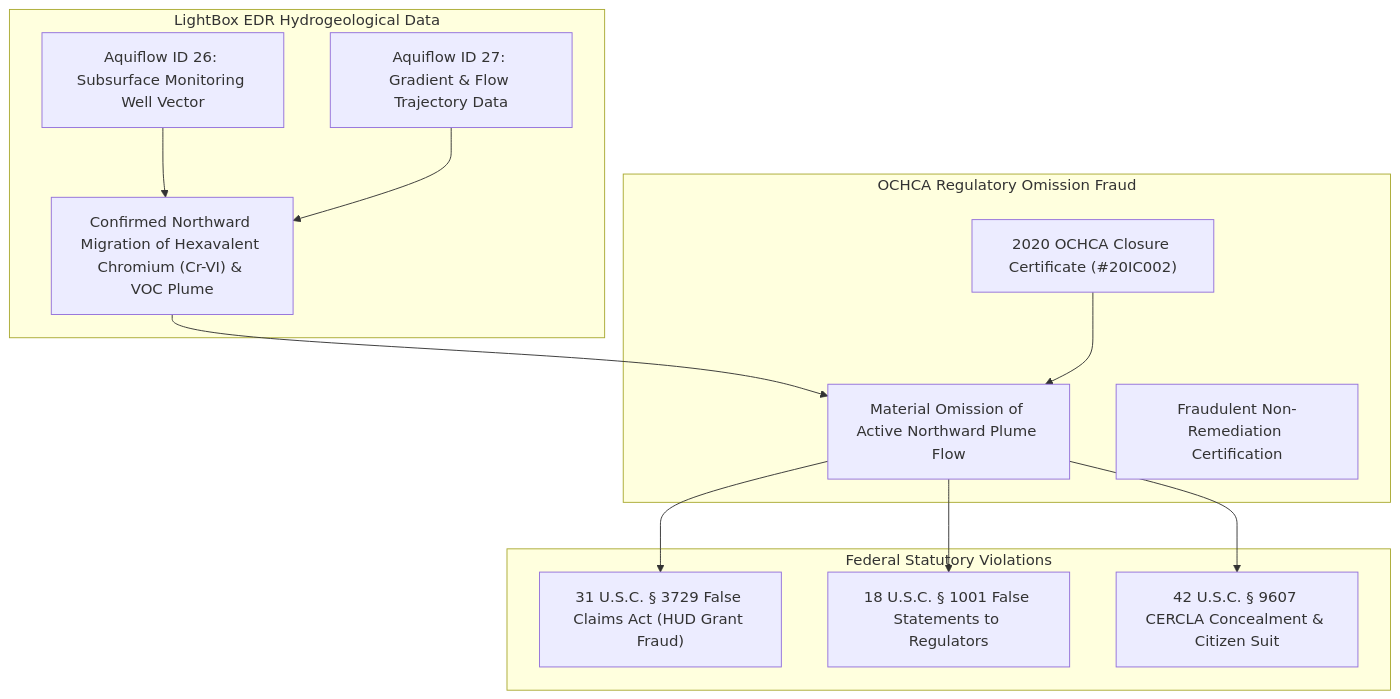
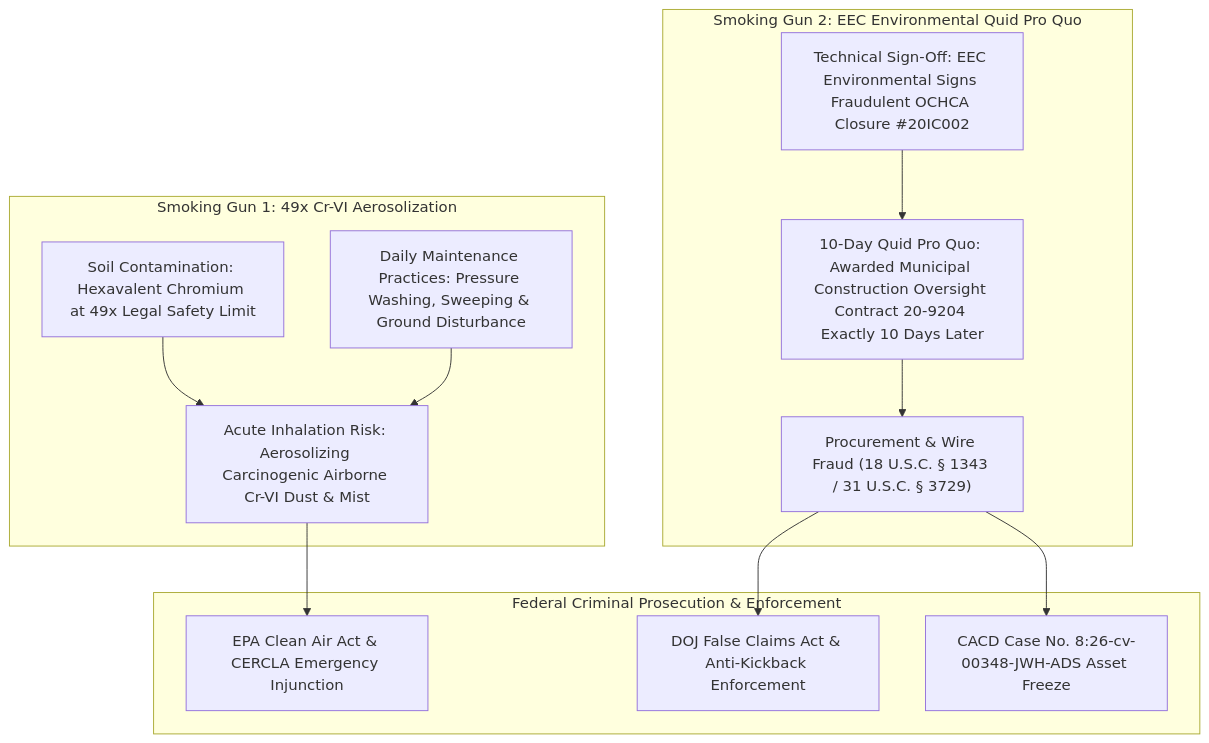
The diagram in FEDERAL_SUBMISSION/EVIDENCE_ADDENDUM_HBNC_EMAIL_2026.md (Tonypost949/OsintNeoAi), drawn with Mermaid before and after one commit. The commit also changed other lines of this file, not shown here.

Commit message:
Makaveli Protocol: Add EEC Environmental Contract 20-9204 Kickback & 49x Cr-VI Daily Aerosolization Analysis

````diff
--- a/FEDERAL_SUBMISSION/EVIDENCE_ADDENDUM_HBNC_EMAIL_2026.md
+++ b/FEDERAL_SUBMISSION/EVIDENCE_ADDENDUM_HBNC_EMAIL_2026.md
@@ -14,28 +12,28 @@
 ```mermaid
 graph TD
-    subgraph LIGHTBOX_EDR_AQUIFLOW_DATA["LightBox EDR Hydrogeological Data"]
-        A1["Aquiflow ID 26: Subsurface Monitoring Well Vector"]
-        A2["Aquiflow ID 27: Gradient & Flow Trajectory Data"]
-        A3["Confirmed Northward Migration of Hexavalent Chromium (Cr-VI) & VOC Plume"]
+    subgraph SMOKING_GUN_1["Smoking Gun 1: 49x Cr-VI Aerosolization"]
+        S1["Soil Contamination: Hexavalent Chromium at 49x Legal Safety Limit"]
+        S2["Daily Maintenance Practices: Pressure Washing, Sweeping & Ground Disturbance"]
+        S3["Acute Inhalation Risk: Aerosolizing Carcinogenic Airborne Cr-VI Dust & Mist"]
     end
 
-    subgraph OCHCA_REGULATORY_OMISSION_FRAUD["OCHCA Regulatory Omission Fraud"]
-        O1["2020 OCHCA Closure Certificate (#20IC002)"]
-        O2["Material Omission of Active Northward Plume Flow"]
-        O3["Fraudulent Non-Remediation Certification"]
+    subgraph SMOKING_GUN_2["Smoking Gun 2: EEC Environmental Quid Pro Quo"]
+        E1["Technical Sign-Off: EEC Environmental Signs Fraudulent OCHCA Closure #20IC002"]
+        E2["10-Day Quid Pro Quo: Awarded Municipal Construction Oversight Contract 20-9204 Exactly 10 Days Later"]
+        E3["Procurement & Wire Fraud (18 U.S.C. § 1343 / 31 U.S.C. § 3729)"]
     end
 
-    subgraph FEDERAL_STATUTORY_VIOLATIONS["Federal Statutory Violations"]
-        F1["31 U.S.C. § 3729 False Claims Act (HUD Grant Fraud)"]
-        F2["18 U.S.C. § 1001 False Statements to Regulators"]
-        F3["42 U.S.C. § 9607 CERCLA Concealment & Citizen Suit"]
+    subgraph FEDERAL_PROSECUTION_CONTAINER["Federal Criminal Prosecution & Enforcement"]
+        F1["EPA Clean Air Act & CERCLA Emergency Injunction"]
+        F2["DOJ False Claims Act & Anti-Kickback Enforcement"]
+        F3["CACD Case No. 8:26-cv-00348-JWH-ADS Asset Freeze"]
     end
 
-    A1 --> A3
-    A2 --> A3
-    A3 --> O2
-    O1 --> O2
-    O2 --> F1
-    O2 --> F2
-    O2 --> F3
+    S1 --> S3
+    S2 --> S3
+    S3 --> F1
+    E1 --> E2
+    E2 --> E3
+    E3 --> F2
+    E3 --> F3
 ```
````
